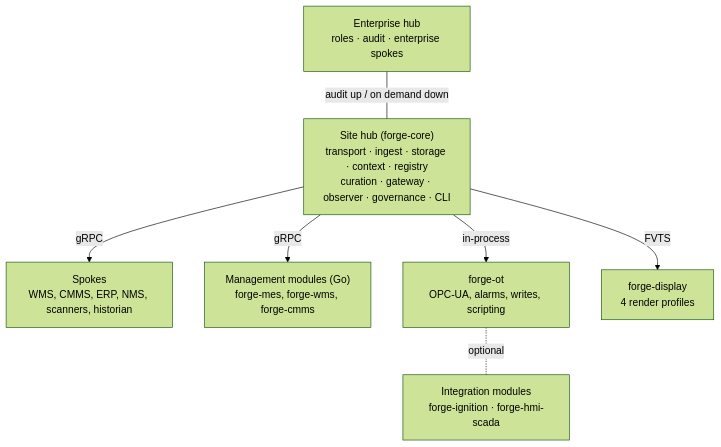
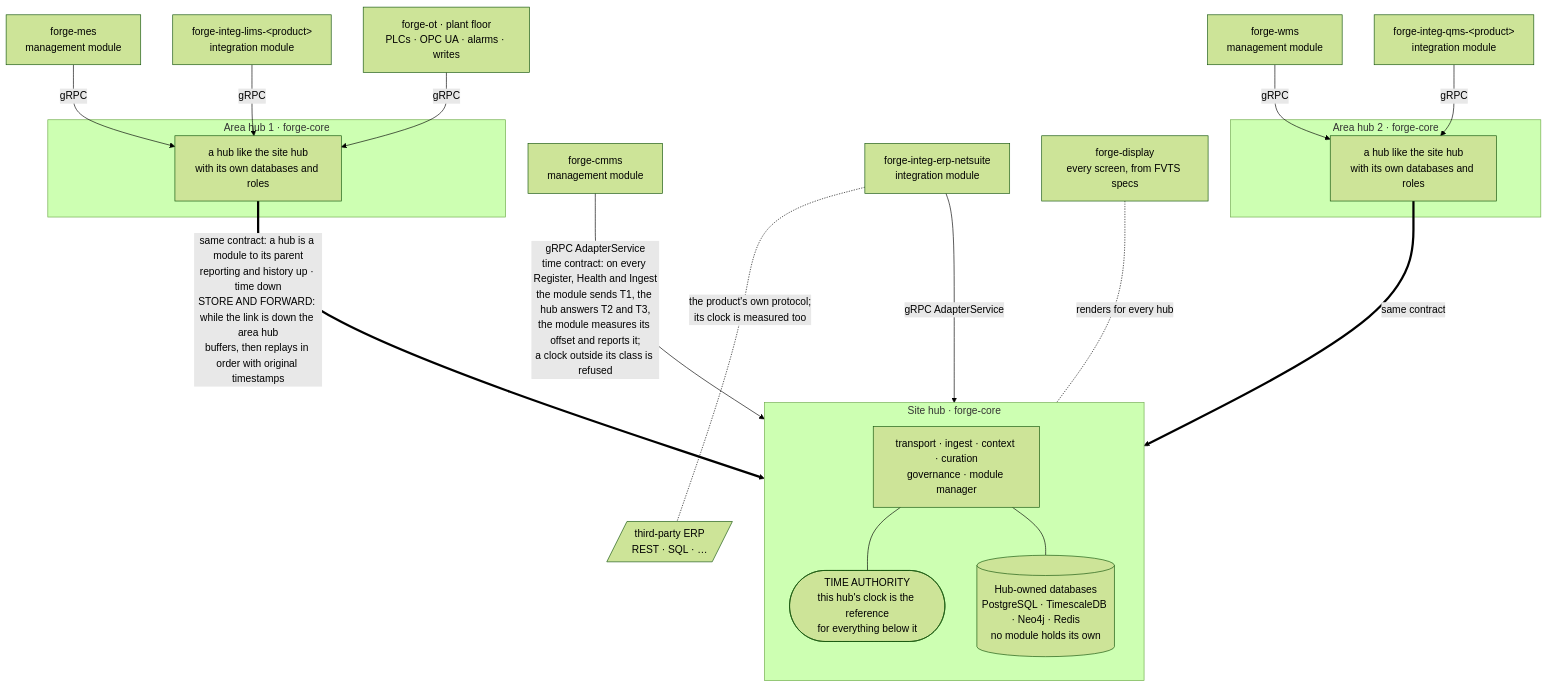
Before and after one commit to reh3376/forge: the first of 24 diagrams in docs/tutorial.md, drawn with Mermaid (forest theme). The commit also changed other lines of this file and 9 other files, not shown here.

````diff
--- a/docs/tutorial.md
+++ b/docs/tutorial.md
@@ -149,11 +170,33 @@
 ```mermaid
 flowchart TD
-  E["Enterprise hub<br/>roles · audit · enterprise spokes"]
-  S["Site hub (forge-core)<br/>transport · ingest · storage · context · registry<br/>curation · gateway · observer · governance · CLI"]
-  E -- "audit up / on demand down" --- S
-  S -- "gRPC" --> SP["Spokes<br/>WMS, CMMS, ERP, NMS, scanners, historian"]
-  S -- "gRPC" --> M["Management modules (Go)<br/>forge-mes, forge-wms, forge-cmms"]
-  S -- "in-process" --> OT["forge-ot<br/>OPC-UA, alarms, writes, scripting"]
-  S -- "FVTS" --> D["forge-display<br/>4 render profiles"]
-  OT -. "optional" .- I["Integration modules<br/>forge-ignition · forge-hmi-scada"]
+  subgraph SITE["Site hub · forge-core"]
+    direction TB
+    SH["transport · ingest · context · curation<br/>governance · module manager"]
+    TA(["TIME AUTHORITY<br/>this hub's clock is the reference<br/>for everything below it"])
+    DB[("Hub-owned databases<br/>PostgreSQL · TimescaleDB · Neo4j · Redis<br/>no module holds its own")]
+    SH --- TA
+    SH --- DB
+  end
+  SM1["forge-cmms<br/>management module"]
+  SM2["forge-integ-erp-netsuite<br/>integration module"]
+  ERP[/"third-party ERP<br/>REST · SQL · …"/]
+  SM1 -- "gRPC AdapterService<br/>time contract: on every Register, Health and Ingest<br/>the module sends T1, the hub answers T2 and T3,<br/>the module measures its offset and reports it;<br/>a clock outside its class is refused" --> SH
+  SM2 -- "gRPC AdapterService" --> SH
+  SM2 -. "the product's own protocol;<br/>its clock is measured too" .- ERP
+
+  subgraph A1["Area hub 1 · forge-core"]
+    AH1["a hub like the site hub<br/>with its own databases and roles"]
+  end
+  subgraph A2["Area hub 2 · forge-core"]
+    AH2["a hub like the site hub<br/>with its own databases and roles"]
+  end
+  AH1 == "same contract: a hub is a module to its parent<br/>reporting and history up · time down<br/>STORE AND FORWARD: while the link is down the area hub<br/>buffers, then replays in order with original timestamps" ==> SH
+  AH2 == "same contract" ==> SH
+
+  M11["forge-mes<br/>management module"] -- "gRPC" --> AH1
+  M12["forge-integ-lims-&lt;product&gt;<br/>integration module"] -- "gRPC" --> AH1
+  M21["forge-wms<br/>management module"] -- "gRPC" --> AH2
+  M22["forge-integ-qms-&lt;product&gt;<br/>integration module"] -- "gRPC" --> AH2
+  OT["forge-ot · plant floor<br/>PLCs · OPC UA · alarms · writes"] -- "gRPC" --> AH1
+  D["forge-display<br/>every screen, from FVTS specs"] -. "renders for every hub" .- SH
 ```
````
